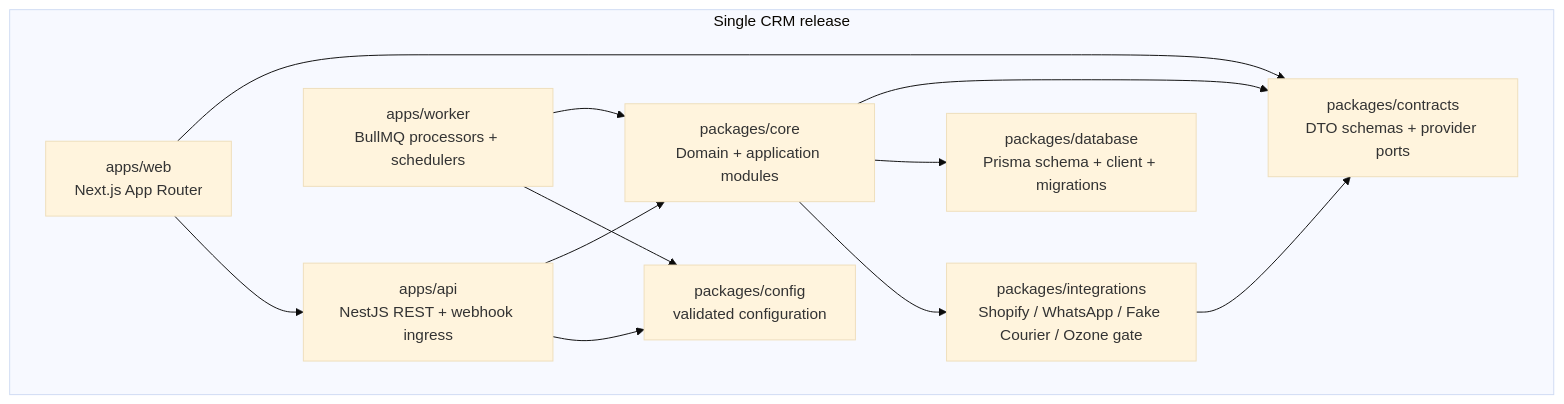
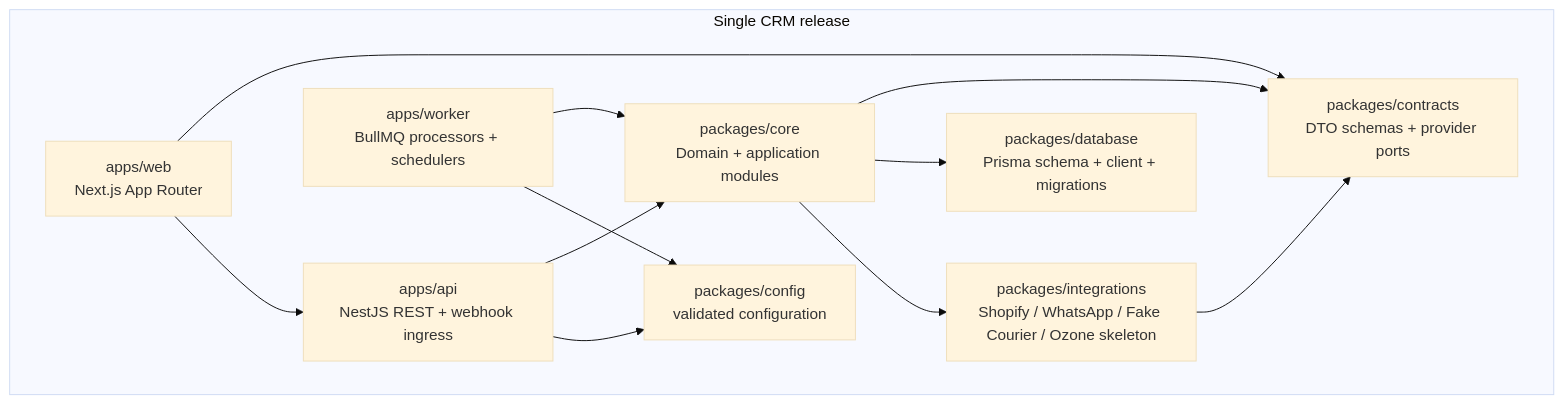
One commit to MohamedAlahyani/CRM changed the second of 5 diagrams in docs/ARCHITECTURE.md. Above: the diagram before and after it, drawn with Mermaid (base theme). The commit also changed other lines of this file and 7 other files, not shown here.

````diff
--- a/docs/ARCHITECTURE.md
+++ b/docs/ARCHITECTURE.md
@@ -41,24 +41,24 @@
 ```mermaid
 flowchart TB
     subgraph Runtime["Single CRM release"]
         Web["apps/web\nNext.js App Router"]
         API["apps/api\nNestJS REST + webhook ingress"]
         Worker["apps/worker\nBullMQ processors + schedulers"]
         Core["packages/core\nDomain + application modules"]
         Contracts["packages/contracts\nDTO schemas + provider ports"]
-        Integrations["packages/integrations\nShopify / WhatsApp / Fake Courier / Ozone gate"]
+        Integrations["packages/integrations\nShopify / WhatsApp / Fake Courier / Ozone skeleton"]
         DBPkg["packages/database\nPrisma schema + client + migrations"]
         Config["packages/config\nvalidated configuration"]
     end
 
     Web --> Contracts
     Web --> API
     API --> Core
     Worker --> Core
     Core --> Contracts
     Core --> DBPkg
     Core --> Integrations
     Integrations --> Contracts
     API --> Config
     Worker --> Config
 ```
````
